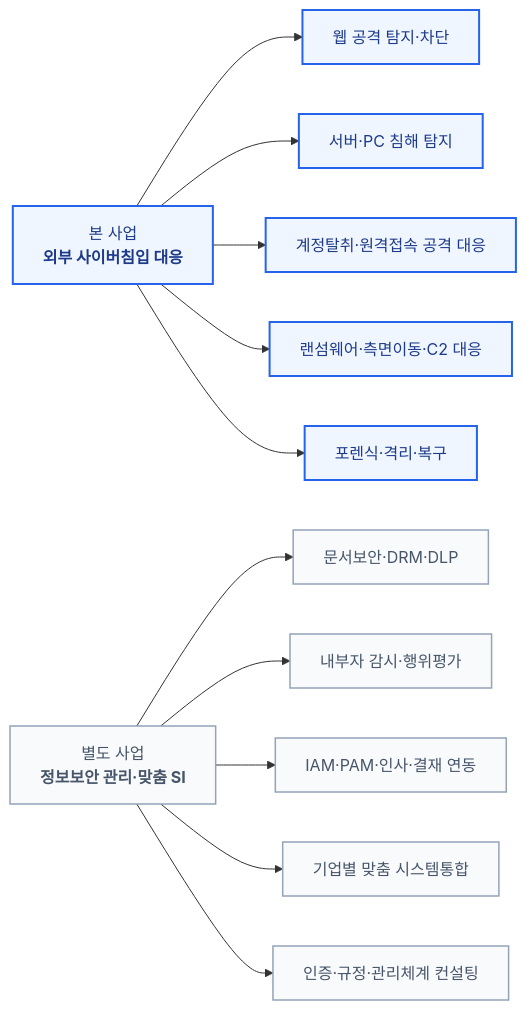
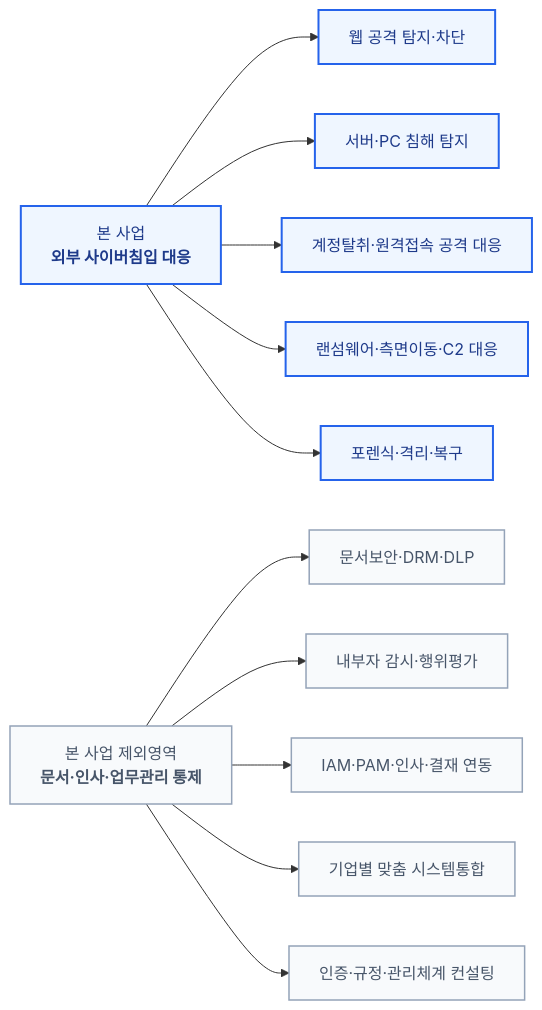
Before and after one commit to qubitsec/plura: the first of 8 diagrams in ko/proposal/kwater/kwater-full.md, drawn with Mermaid. The commit also changed other lines of this file, not shown here.

````diff
--- a/ko/proposal/kwater/kwater-full.md
+++ b/ko/proposal/kwater/kwater-full.md
@@ -110,22 +118,22 @@
 ```mermaid
 flowchart LR
     A["본 사업<br/><b>외부 사이버침입 대응</b>"]
     A --> B["웹 공격 탐지·차단"]
     A --> C["서버·PC 침해 탐지"]
     A --> D["계정탈취·원격접속 공격 대응"]
     A --> E["랜섬웨어·측면이동·C2 대응"]
     A --> F["포렌식·격리·복구"]
 
-    G["별도 사업<br/><b>정보보안 관리·맞춤 SI</b>"]
+    G["본 사업 제외영역<br/><b>문서·인사·업무관리 통제</b>"]
     G --> H["문서보안·DRM·DLP"]
     G --> I["내부자 감시·행위평가"]
     G --> J["IAM·PAM·인사·결재 연동"]
     G --> K["기업별 맞춤 시스템통합"]
     G --> L["인증·규정·관리체계 컨설팅"]
 
     classDef cyber fill:#eff6ff,stroke:#2563eb,stroke-width:2px,color:#1e3a8a;
     classDef excluded fill:#f8fafc,stroke:#94a3b8,stroke-width:1.5px,color:#475569;
 
     class A,B,C,D,E,F cyber;
     class G,H,I,J,K,L excluded;
 ```
````
